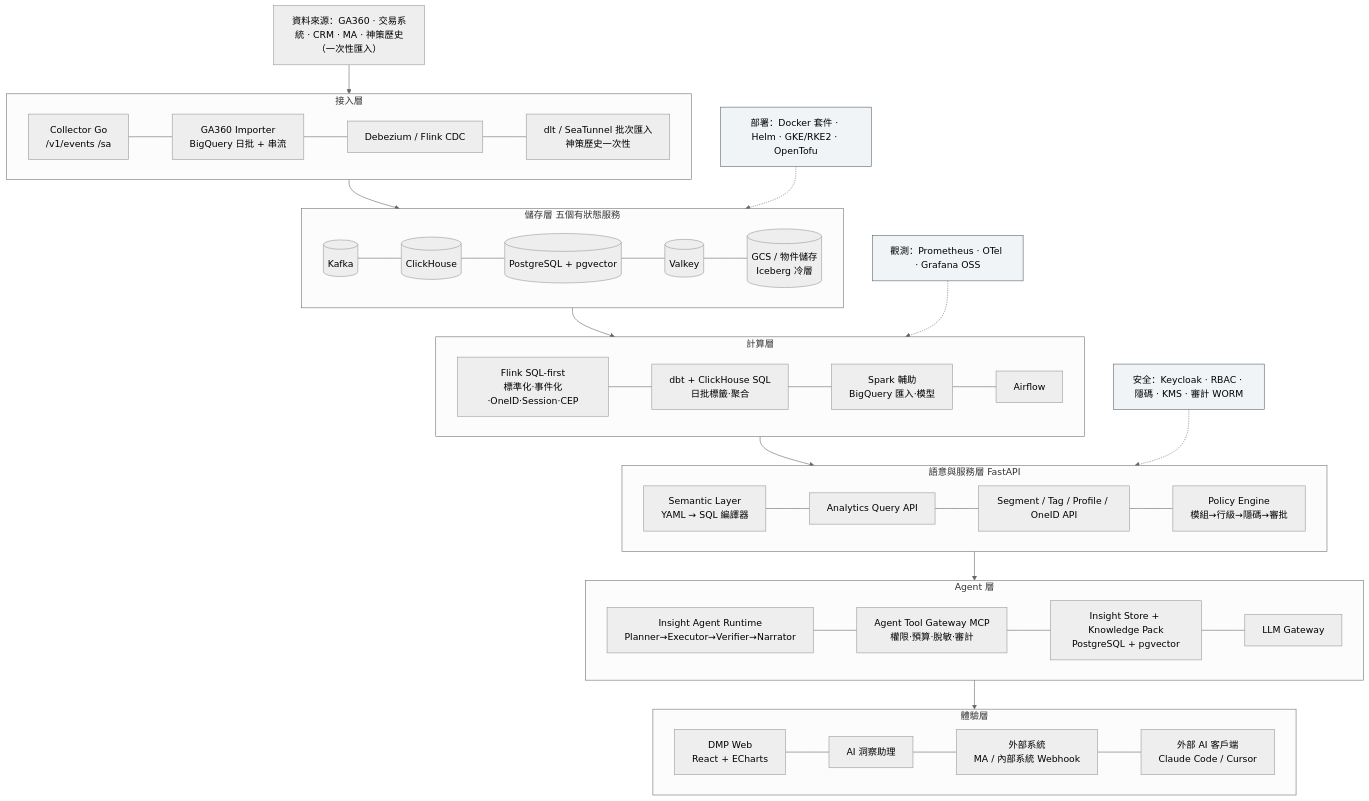
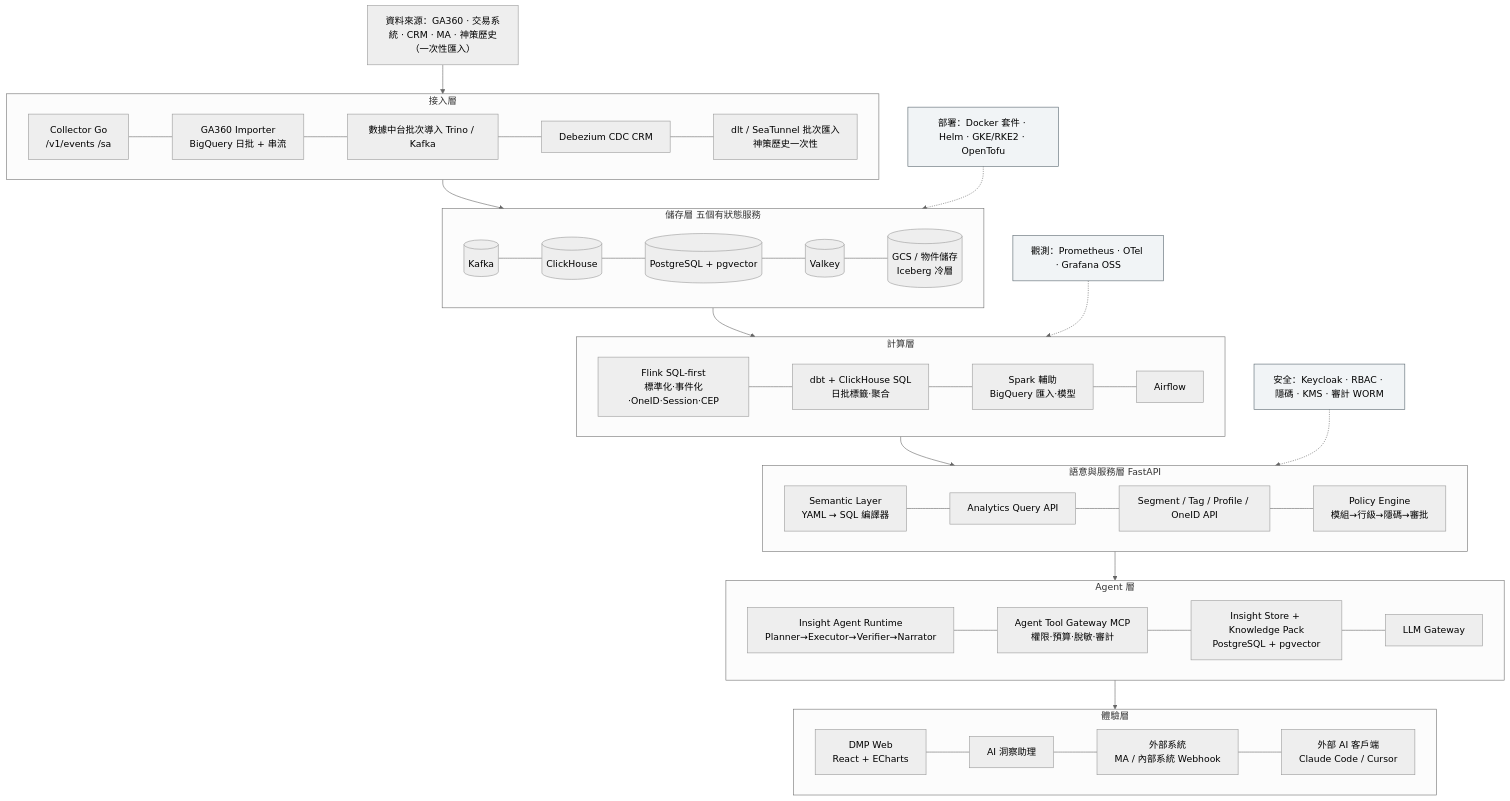
The first of 3 diagrams in docs/12-architecture-diagrams.md (ALTA-TECH2025/altatech-dmp), drawn with Mermaid (neutral theme) before and after one commit. The commit also changed other lines of this file and 20 other files, not shown here.

````diff
--- a/docs/12-architecture-diagrams.md
+++ b/docs/12-architecture-diagrams.md
@@ -39,26 +39,26 @@
 ```mermaid
 flowchart TB
   subgraph EXP[體驗層]
     WEB[DMP Web<br/>React + ECharts] --- AIUI[AI 洞察助理] --- EXT[外部系統<br/>MA / 內部系統 Webhook] --- MCPC[外部 AI 客戶端<br/>Claude Code / Cursor]
   end
   subgraph AGENT[Agent 層]
     RT[Insight Agent Runtime<br/>Planner→Executor→Verifier→Narrator] --- GW[Agent Tool Gateway MCP<br/>權限·預算·脫敏·審計] --- IS[Insight Store + Knowledge Pack<br/>PostgreSQL + pgvector] --- LLM[LLM Gateway]
   end
   subgraph SVC[語意與服務層 FastAPI]
     SEM[Semantic Layer<br/>YAML → SQL 編譯器] --- AQ[Analytics Query API] --- SG[Segment / Tag / Profile / OneID API] --- PE[Policy Engine<br/>模組→行級→隱碼→審批]
   end
   subgraph CMP[計算層]
     FL[Flink SQL-first<br/>標準化·事件化·OneID·Session·CEP] --- DBT[dbt + ClickHouse SQL<br/>日批標籤·聚合] --- SP[Spark 輔助<br/>BigQuery 匯入·模型] --- AF[Airflow]
   end
   subgraph STO[儲存層 五個有狀態服務]
     KF[(Kafka)] --- CH[(ClickHouse)] --- PG[(PostgreSQL + pgvector)] --- VK[(Valkey)] --- OBJ[(GCS / 物件儲存<br/>Iceberg 冷層)]
   end
   subgraph ING[接入層]
-    COL[Collector Go<br/>/v1/events /sa] --- GA[GA360 Importer<br/>BigQuery 日批 + 串流] --- CDC[Debezium / Flink CDC] --- BAT[dlt / SeaTunnel 批次匯入<br/>神策歷史一次性]
+    COL[Collector Go<br/>/v1/events /sa] --- GA[GA360 Importer<br/>BigQuery 日批 + 串流] --- DWH[數據中台批次導入 Trino / Kafka] --- CDC[Debezium CDC CRM] --- BAT[dlt / SeaTunnel 批次匯入<br/>神策歷史一次性]
   end
   SRC[資料來源：GA360 · 交易系統 · CRM · MA · 神策歷史（一次性匯入）] --> ING --> STO --> CMP --> SVC --> AGENT --> EXP
   SEC[安全：Keycloak · RBAC · 隱碼 · KMS · 審計 WORM]:::x -.-> SVC
   OBS[觀測：Prometheus · OTel · Grafana OSS]:::x -.-> CMP
   DEP[部署：Docker 套件 · Helm · GKE/RKE2 · OpenTofu]:::x -.-> STO
   classDef x fill:#F1F4F6,stroke:#56646D
 ```
````
